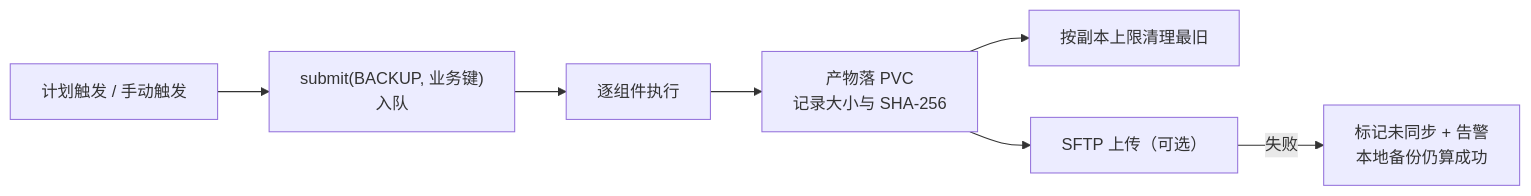
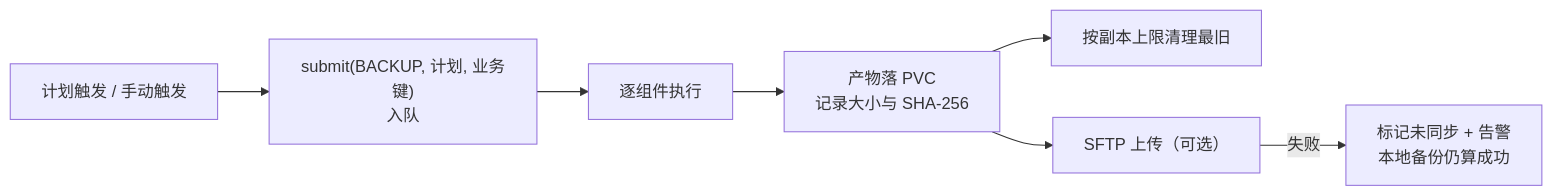
One commit to HaoruiSong622/OMS changed diagram 13 of 16 in design/OMS-总体设计-精炼版.md. Above: the diagram before and after it, drawn with Mermaid. The commit also changed other lines of this file, not shown here.

````diff
--- a/design/OMS-总体设计-精炼版.md
+++ b/design/OMS-总体设计-精炼版.md
@@ -1072,9 +1100,9 @@
 ```mermaid
 flowchart LR
-  P["计划触发 / 手动触发"] --> Q["submit(BACKUP, 业务键)<br/>入队"]
+  P["计划触发 / 手动触发"] --> Q["submit(BACKUP, 计划, 业务键)<br/>入队"]
   Q --> R["逐组件执行"]
   R --> F["产物落 PVC<br/>记录大小与 SHA-256"]
   F --> C["按副本上限清理最旧"]
   F --> S["SFTP 上传（可选）"]
   S -->|失败| W["标记未同步 + 告警<br/>本地备份仍算成功"]
 ```
````
